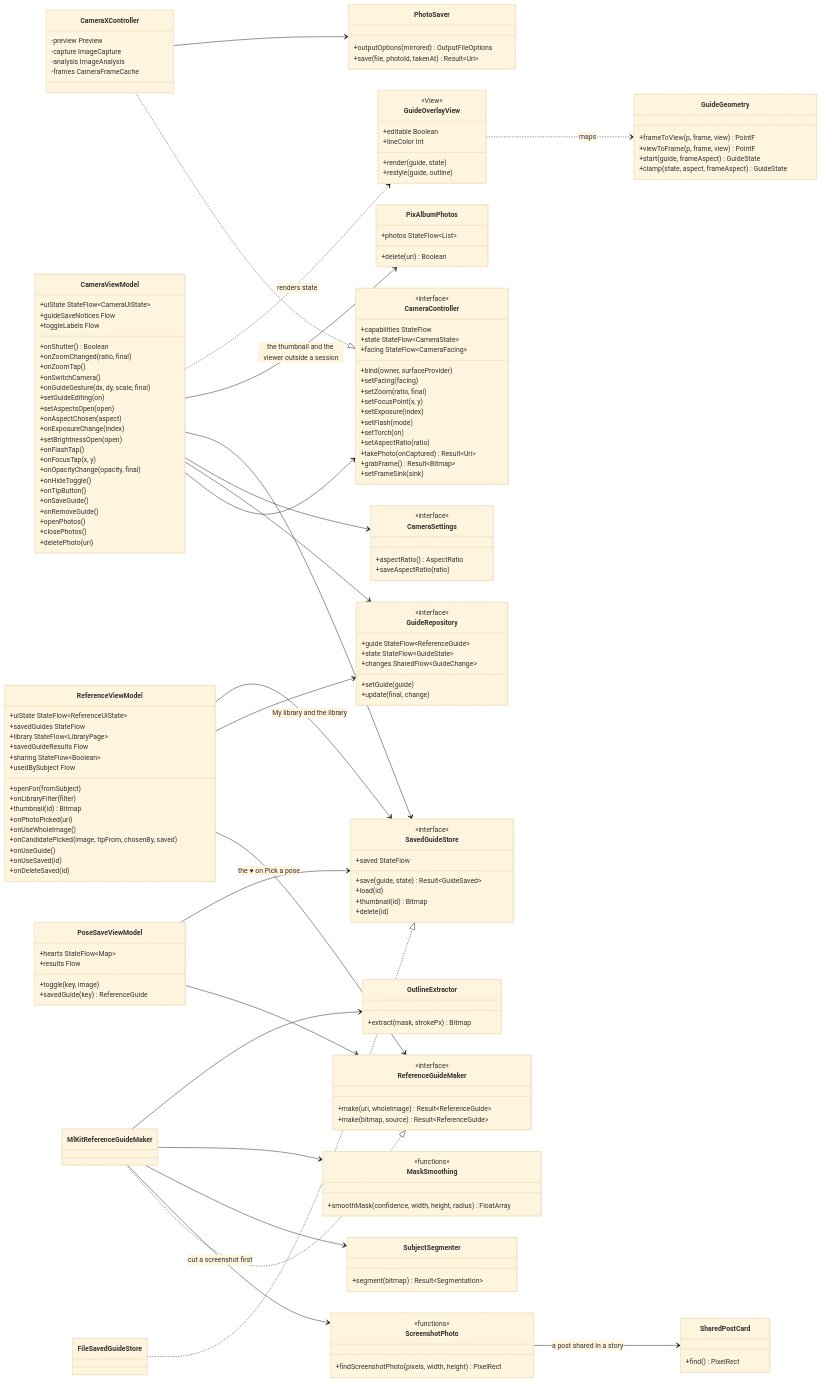
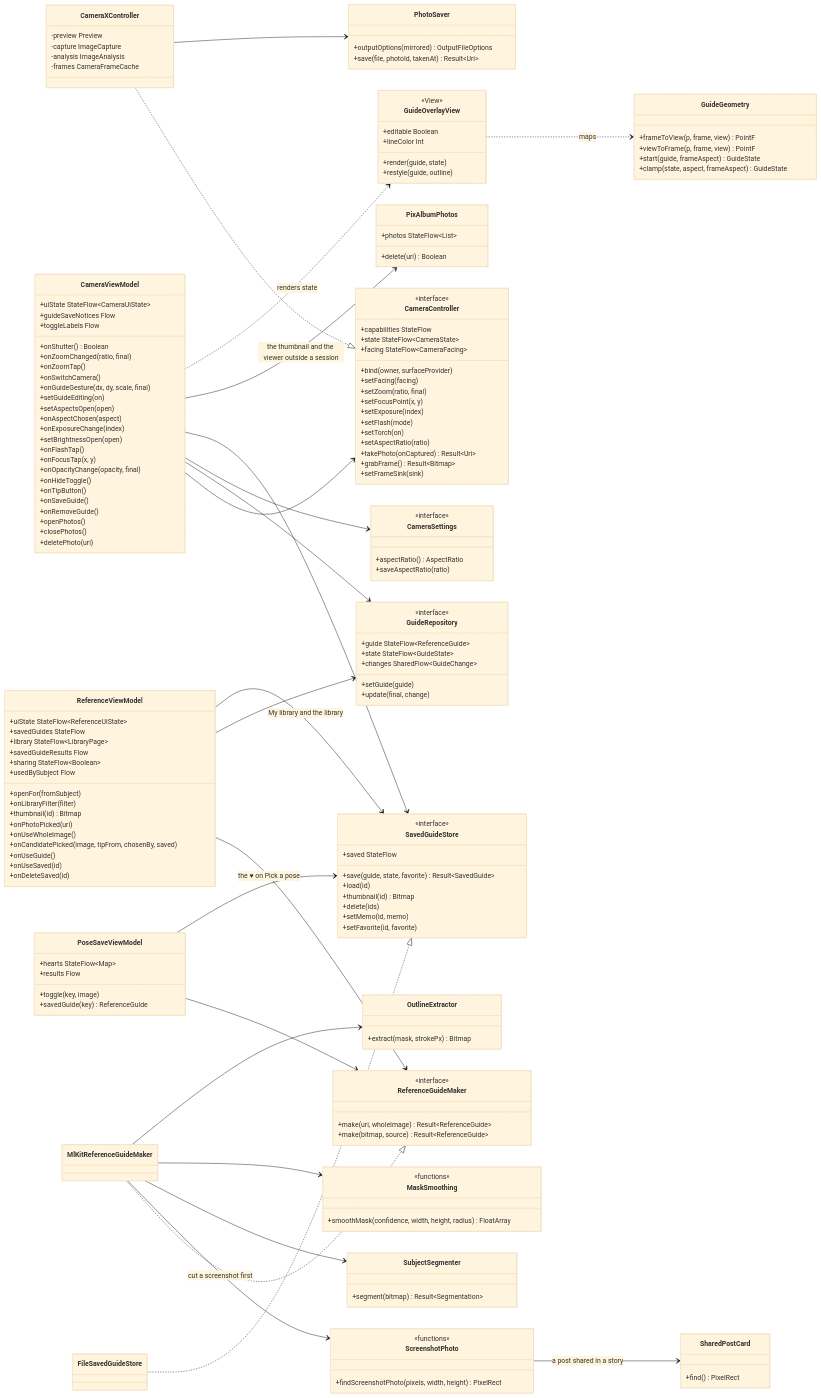
Before and after one commit to snuhcs-course/swpp-2026-project-team-10: the sixth of 14 diagrams in wiki/Design-Documentation.md, drawn with Mermaid (base theme). The commit also changed other lines of this file and 82 other files, not shown here.

```diff
--- a/wiki/Design-Documentation.md
+++ b/wiki/Design-Documentation.md
@@ -763,10 +768,12 @@
   class SavedGuideStore {
     <<interface>>
     +saved StateFlow
-    +save(guide, state) Result~GuideSaved~
+    +save(guide, state, favorite) Result~SavedGuide~
     +load(id)
     +thumbnail(id) Bitmap
-    +delete(id)
+    +delete(ids)
+    +setMemo(id, memo)
+    +setFavorite(id, favorite)
   }
   class FileSavedGuideStore
   class GuideGeometry {
```
